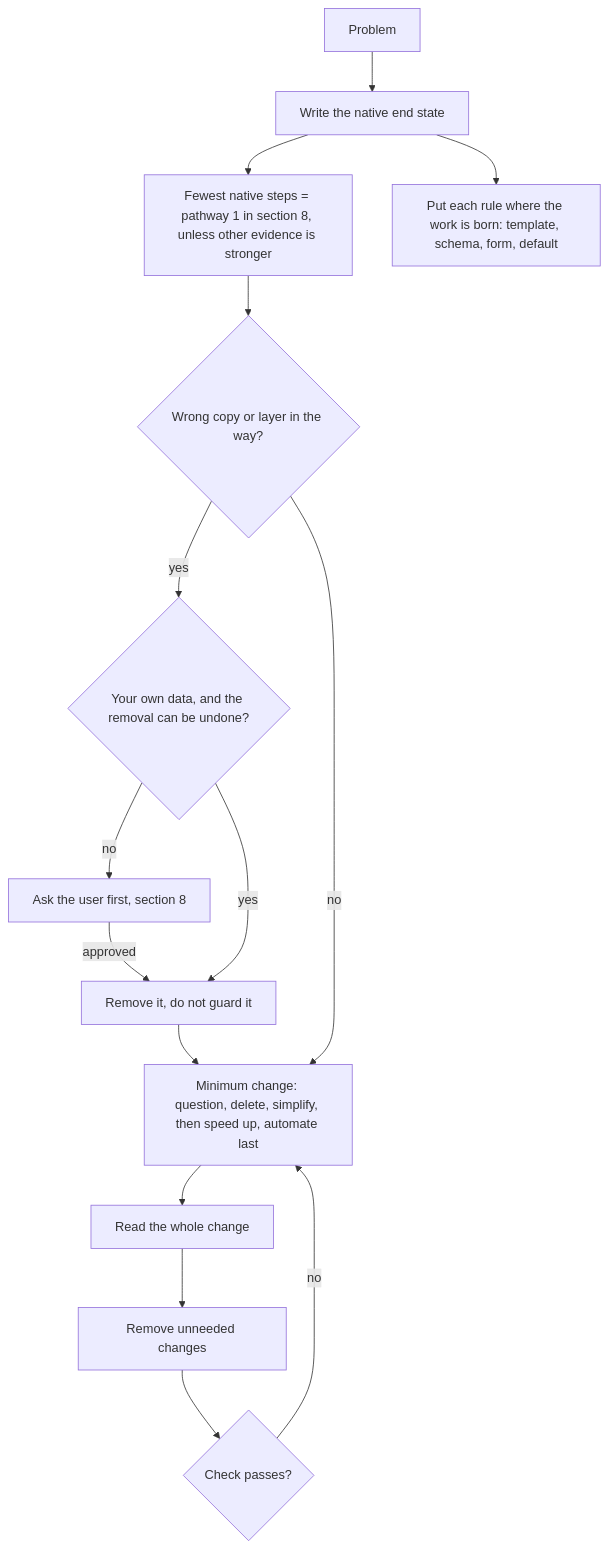
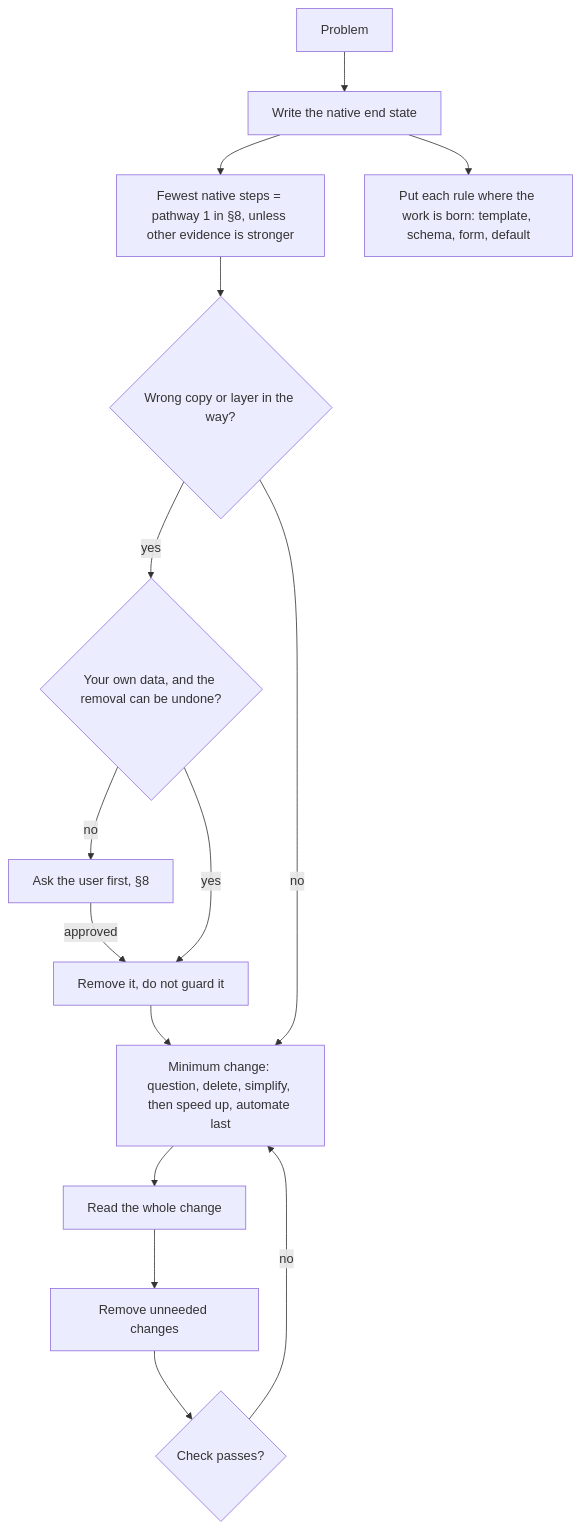
One commit to SolenixAI/arbiter changed the tenth of 14 diagrams in AGENTS.md. Above: the diagram before and after it, drawn with Mermaid. The commit also changed other lines of this file, not shown here.

````diff
--- a/AGENTS.md
+++ b/AGENTS.md
@@ -402,11 +409,11 @@
 ```mermaid
 flowchart TD
-  P[Problem] --> E[Write the native end state] --> N[Fewest native steps = pathway 1 in section 8, unless other evidence is stronger]
+  P[Problem] --> E[Write the native end state] --> N[Fewest native steps = pathway 1 in §8, unless other evidence is stronger]
   N --> W{Wrong copy or layer in the way?}
   W -->|yes| O{Your own data, and the removal can be undone?}
   E --> RB[Put each rule where the work is born: template, schema, form, default]
-  O -->|no| AS[Ask the user first, section 8] -->|approved| X
+  O -->|no| AS[Ask the user first, §8] -->|approved| X
   O -->|yes| X[Remove it, do not guard it] --> M
   W -->|no| M[Minimum change: question, delete, simplify, then speed up, automate last] --> D[Read the whole change] --> R[Remove unneeded changes] --> C{Check passes?}
   C -->|no| M
 ```
````
